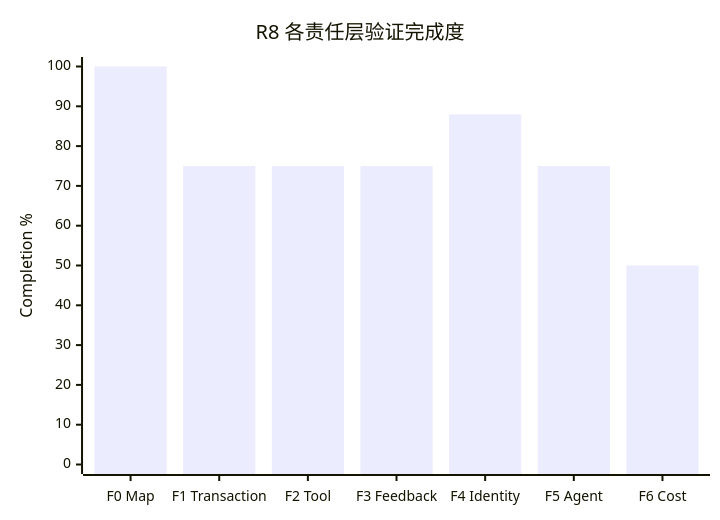
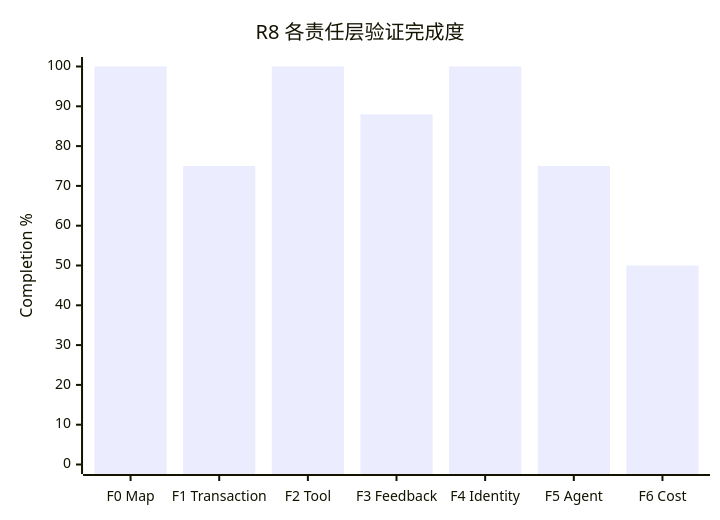
The diagram in docs/v0.0.5/build-R8/03-r8-current-progress.md (ceasarXuu/WhaleCode), drawn with Mermaid before and after one commit. The commit also changed other lines of this file and 6 other files, not shown here.

````diff
--- a/docs/v0.0.5/build-R8/03-r8-current-progress.md
+++ b/docs/v0.0.5/build-R8/03-r8-current-progress.md
@@ -17,7 +17,7 @@
 ```mermaid
 xychart-beta
   title "R8 各责任层验证完成度"
   x-axis ["F0 Map", "F1 Transaction", "F2 Tool", "F3 Feedback", "F4 Identity", "F5 Agent", "F6 Cost"]
   y-axis "Completion %" 0 --> 100
-  bar [100, 75, 75, 75, 88, 75, 50]
+  bar [100, 75, 100, 88, 100, 75, 50]
 ```
````
